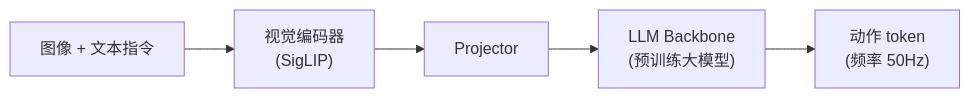
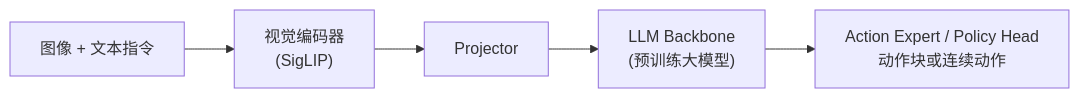
Before and after one commit to BeefWrap4/LLM-Knowledge-Base: the second of 6 diagrams in 26_世界模型与具身AI.md, drawn with Mermaid. The commit also changed other lines of this file and 454 other files, not shown here.

````diff
--- a/26_世界模型与具身AI.md
+++ b/26_世界模型与具身AI.md
@@ -48,7 +53,7 @@
 ```mermaid
 graph LR
     I["图像 + 文本指令"] --> V["视觉编码器<br/>(SigLIP)"]
     V --> P["Projector"]
     P --> L["LLM Backbone<br/>(预训练大模型)"]
-    L --> A["动作 token<br/>(频率 50Hz)"]
+    L --> A["Action Expert / Policy Head<br/>动作块或连续动作"]
 ```
````
